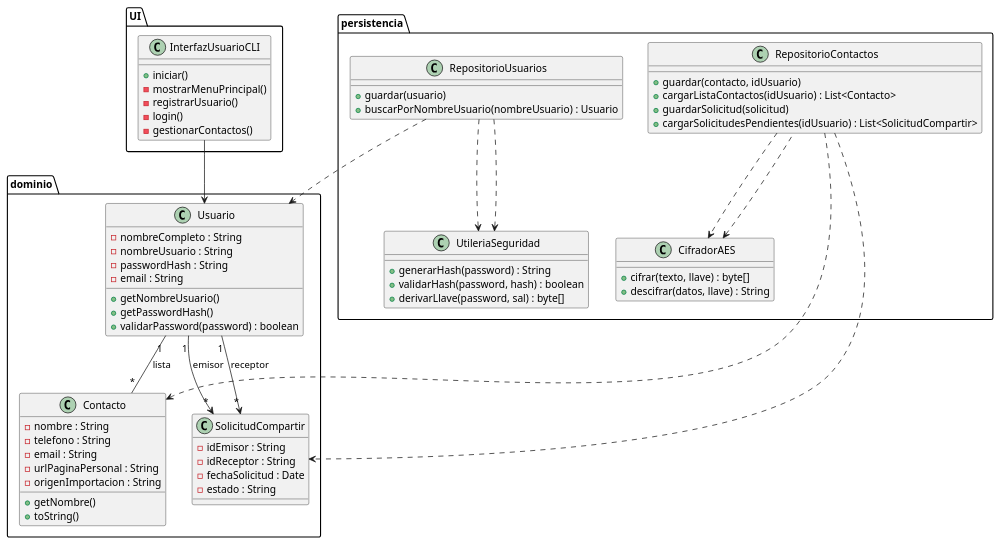
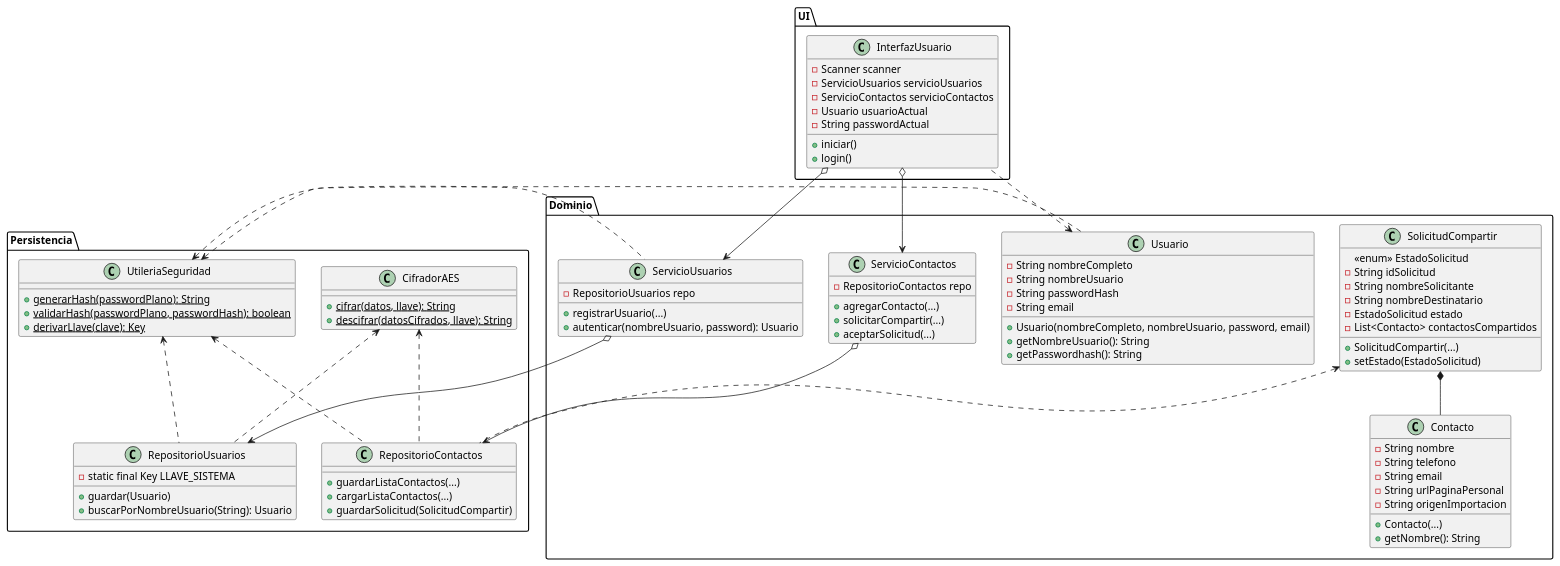
One commit to TheEbu10/Proyecto-Paradigmas changed the diagram in Modelo_clases.puml. Above: the diagram before and after it, drawn with PlantUML. The commit also changed 1 other file, not shown here.

Commit message:
correcion diagrama clases

```diff
--- a/Modelo_clases.puml
+++ b/Modelo_clases.puml
@@ -1,84 +1,106 @@
-@startuml Clases
-' Paquetes
-package dominio {
+@startuml
+package Dominio {
+    
     class Usuario {
-        - nombreCompleto : String
-        - nombreUsuario : String
-        - passwordHash : String
-        - email : String
-        + getNombreUsuario()
-        + getPasswordHash()
-        + validarPassword(password) : boolean
+        - String nombreCompleto
+        - String nombreUsuario
+        - String passwordHash
+        - String email
+        + Usuario(nombreCompleto, nombreUsuario, password, email)
+        + getNombreUsuario(): String
+        + getPasswordhash(): String
     }
-
+    
     class Contacto {
-        - nombre : String
-        - telefono : String
-        - email : String
-        - urlPaginaPersonal : String
-        - origenImportacion : String
-        + getNombre()
-        + toString()
+        - String nombre
+        - String telefono
+        - String email
+        - String urlPaginaPersonal
+        - String origenImportacion
+        + Contacto(...)
+        + getNombre(): String
     }
-
+    
     class SolicitudCompartir {
-        - idEmisor : String
-        - idReceptor : String
-        - fechaSolicitud : Date
-        - estado : String
+        <<enum>> EstadoSolicitud
+        - String idSolicitud
+        - String nombreSolicitante
+        - String nombreDestinatario
+        - EstadoSolicitud estado
+        - List<Contacto> contactosCompartidos
+        + SolicitudCompartir(...)
+        + setEstado(EstadoSolicitud)
+    }
+    
+    class ServicioUsuarios {
+        - RepositorioUsuarios repo
+        + registrarUsuario(...)
+        + autenticar(nombreUsuario, password): Usuario
+    }
+    
+    class ServicioContactos {
+        - RepositorioContactos repo
+        + agregarContacto(...)
+        + solicitarCompartir(...)
+        + aceptarSolicitud(...)
     }
 }
 
-package persistencia {
+package Persistencia {
+    
     class RepositorioUsuarios {
-        + guardar(usuario)
-        + buscarPorNombreUsuario(nombreUsuario) : Usuario
+        - static final Key LLAVE_SISTEMA
+        + guardar(Usuario)
+        + buscarPorNombreUsuario(String): Usuario
     }
-
+    
     class RepositorioContactos {
-        + guardar(contacto, idUsuario)
-        + cargarListaContactos(idUsuario) : List<Contacto>
-        + guardarSolicitud(solicitud)
-        + cargarSolicitudesPendientes(idUsuario) : List<SolicitudCompartir>
+        + guardarListaContactos(...)
+        + cargarListaContactos(...)
+        + guardarSolicitud(SolicitudCompartir)
     }
-
+    
     class CifradorAES {
-        + cifrar(texto, llave) : byte[]
-        + descifrar(datos, llave) : String
+        {static} + cifrar(datos, llave): String
+        {static} + descifrar(datosCifrados, llave): String
     }
-
+    
     class UtileriaSeguridad {
-        + generarHash(password) : String
-        + validarHash(password, hash) : boolean
-        + derivarLlave(password, sal) : byte[]
+        {static} + generarHash(passwordPlano): String
+        {static} + validarHash(passwordPlano, passwordHash): boolean
+        {static} + derivarLlave(clave): Key
     }
-
-    RepositorioUsuarios ..> UtileriaSeguridad 
-    RepositorioContactos ..> CifradorAES
 }
 
 package UI {
-    class InterfazUsuarioCLI {
+    class InterfazUsuario {
+        - Scanner scanner
+        - ServicioUsuarios servicioUsuarios
+        - ServicioContactos servicioContactos
+        - Usuario usuarioActual
+        - String passwordActual
         + iniciar()
-        - mostrarMenuPrincipal()
-        - registrarUsuario()
-        - login()
-        - gestionarContactos()
+        + login()
     }
 }
 
-' Relaciones de Clases
-Usuario "1" -- "*" Contacto : lista
-Usuario "1" --> "*" SolicitudCompartir : emisor
-Usuario "1" --> "*" SolicitudCompartir : receptor
-InterfazUsuarioCLI --> Usuario
 
-' Relaciones de Implementación y Asociación
-RepositorioUsuarios ..> Usuario
-RepositorioContactos ..> Contacto
-RepositorioContactos ..> SolicitudCompartir
+SolicitudCompartir *-- Contacto 
 
-CifradorAES <.. RepositorioContactos 
-UtileriaSeguridad <.. RepositorioUsuarios 
+ServicioUsuarios o--> RepositorioUsuarios 
+ServicioContactos o--> RepositorioContactos 
 
-@endumld
+Usuario .up.> UtileriaSeguridad 
+ServicioUsuarios .up.> UtileriaSeguridad 
+RepositorioUsuarios .up.> UtileriaSeguridad 
+RepositorioContactos .up.> UtileriaSeguridad 
+
+RepositorioUsuarios .up.> CifradorAES 
+RepositorioContactos .up.> CifradorAES 
+
+InterfazUsuario o--> ServicioUsuarios 
+InterfazUsuario o--> ServicioContactos 
+InterfazUsuario .up.> Usuario
+
+RepositorioContactos .up.> SolicitudCompartir
+@enduml
```
